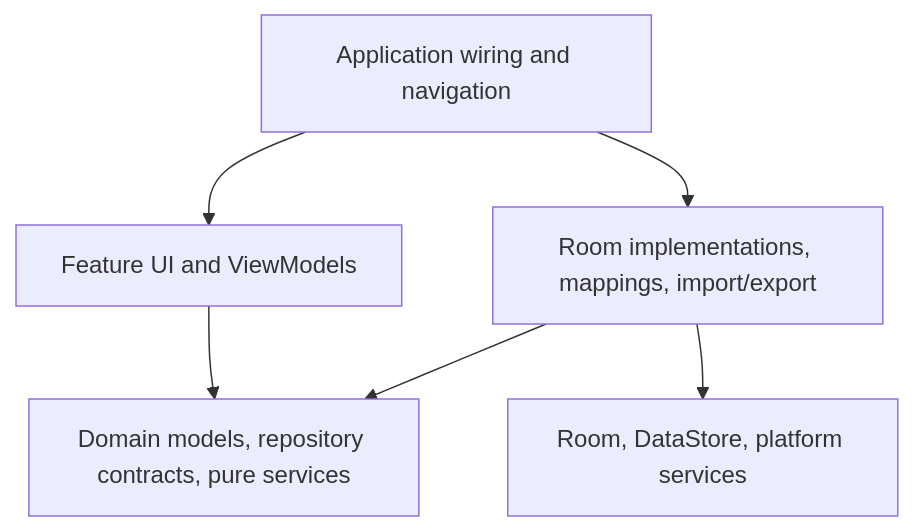
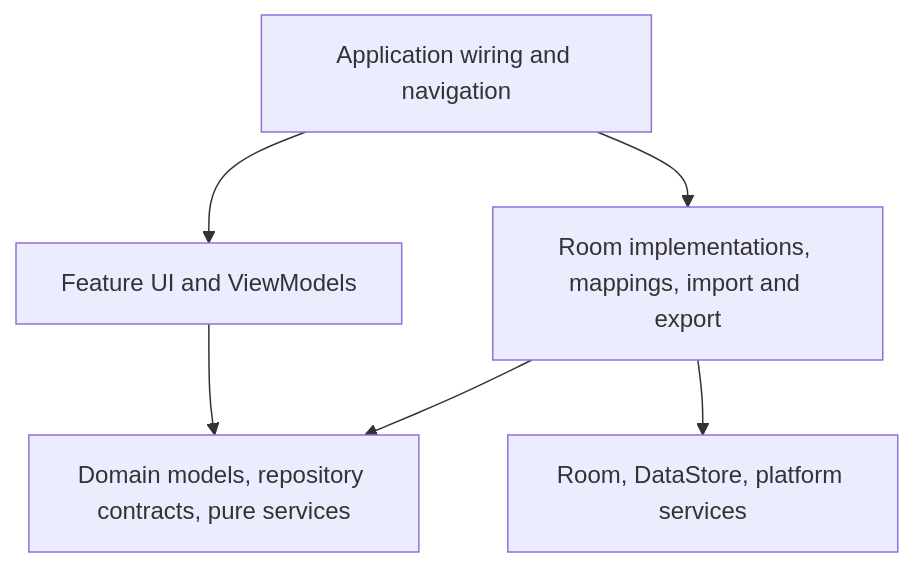
The third of 4 diagrams in docs/ARCHITECTURE.md (Znypr/GymTrack), drawn with Mermaid before and after one commit. The commit also changed other lines of this file, not shown here.

Commit message:
docs: remove active ticket tracking from architecture

````diff
--- a/docs/ARCHITECTURE.md
+++ b/docs/ARCHITECTURE.md
@@ -159,14 +139,14 @@
 ```mermaid
 flowchart TD
     APP[Application wiring and navigation]
     FEATURE[Feature UI and ViewModels]
     DOMAIN[Domain models, repository contracts, pure services]
-    DATA[Room implementations, mappings, import/export]
+    DATA[Room implementations, mappings, import and export]
     ANDROID[Room, DataStore, platform services]
 
     APP --> FEATURE
     APP --> DATA
     FEATURE --> DOMAIN
     DATA --> DOMAIN
     DATA --> ANDROID
 ```
````
